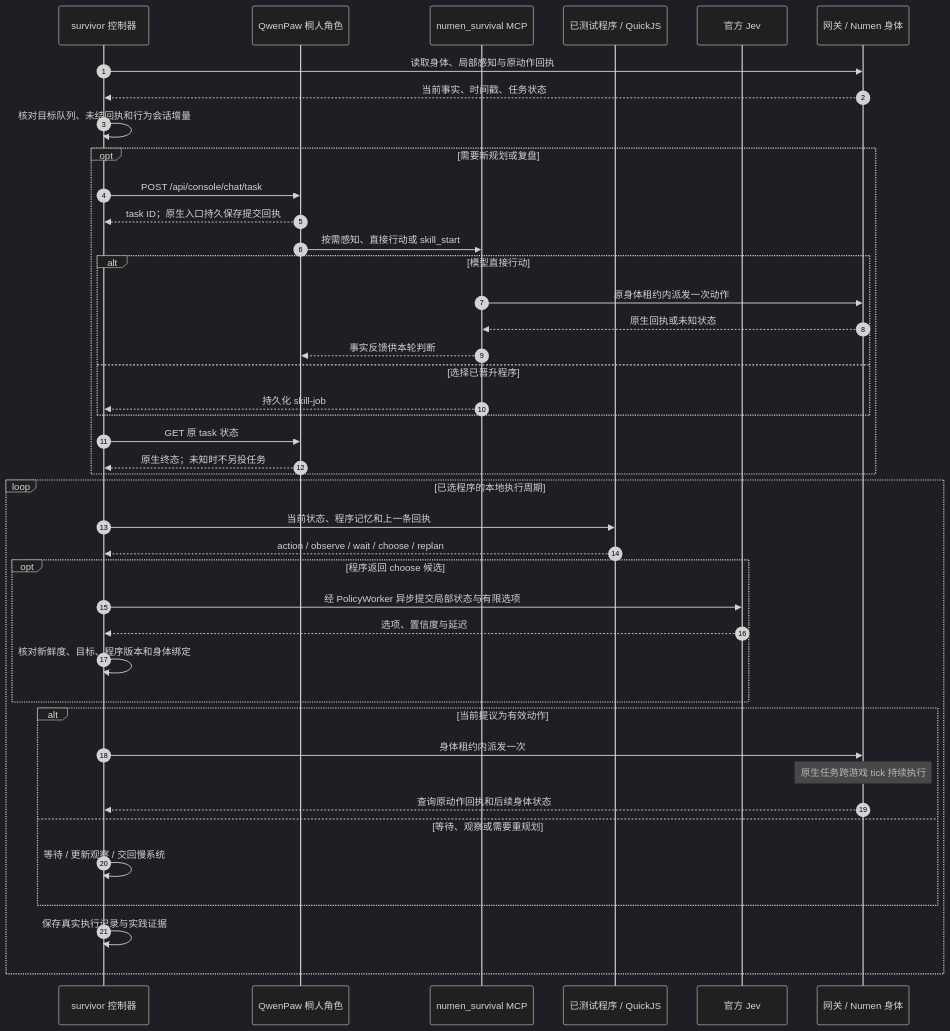
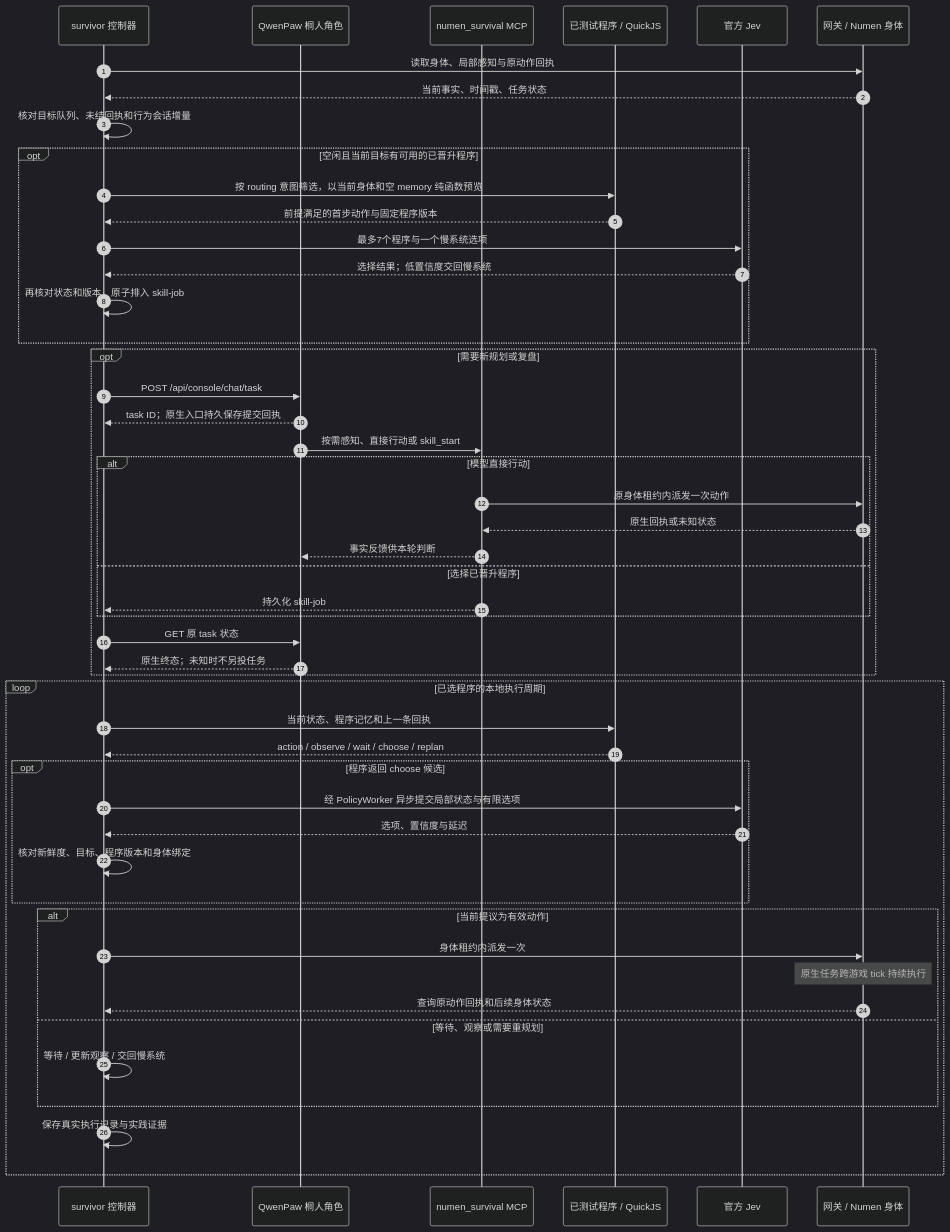
The second of 5 diagrams in README.md (jcs130/minecraft-ai-friend), drawn with Mermaid (dark theme) before and after one commit. The commit also changed other lines of this file and 23 other files, not shown here.

````diff
--- a/README.md
+++ b/README.md
@@ -71,44 +77,51 @@
 ```mermaid
 sequenceDiagram
     autonumber
     participant C as survivor 控制器
     participant Q as QwenPaw 桐人角色
     participant M as numen_survival MCP
     participant S as 已测试程序 / QuickJS
     participant J as 官方 Jev
     participant G as 网关 / Numen 身体
     C->>G: 读取身体、局部感知与原动作回执
     G-->>C: 当前事实、时间戳、任务状态
     C->>C: 核对目标队列、未结回执和行为会话增量
+    opt 空闲且当前目标有可用的已晋升程序
+        C->>S: 按 routing 意图筛选，以当前身体和空 memory 纯函数预览
+        S-->>C: 前提满足的首步动作与固定程序版本
+        C->>J: 最多7个程序与一个慢系统选项
+        J-->>C: 选择结果；低置信度交回慢系统
+        C->>C: 再核对状态和版本，原子排入 skill-job
+    end
     opt 需要新规划或复盘
         C->>Q: POST /api/console/chat/task
         Q-->>C: task ID；原生入口持久保存提交回执
         Q->>M: 按需感知、直接行动或 skill_start
         alt 模型直接行动
             M->>G: 原身体租约内派发一次动作
             G-->>M: 原生回执或未知状态
             M-->>Q: 事实反馈供本轮判断
         else 选择已晋升程序
             M-->>C: 持久化 skill-job
         end
         C->>Q: GET 原 task 状态
         Q-->>C: 原生终态；未知时不另投任务
     end
     loop 已选程序的本地执行周期
         C->>S: 当前状态、程序记忆和上一条回执
         S-->>C: action / observe / wait / choose / replan
         opt 程序返回 choose 候选
             C->>J: 经 PolicyWorker 异步提交局部状态与有限选项
             J-->>C: 选项、置信度与延迟
             C->>C: 核对新鲜度、目标、程序版本和身体绑定
         end
         alt 当前提议为有效动作
             C->>G: 身体租约内派发一次
             Note over G: 原生任务跨游戏 tick 持续执行
             G-->>C: 查询原动作回执和后续身体状态
         else 等待、观察或需要重规划
             C->>C: 等待 / 更新观察 / 交回慢系统
         end
         C->>C: 保存真实执行记录与实践证据
     end
 ```
````
